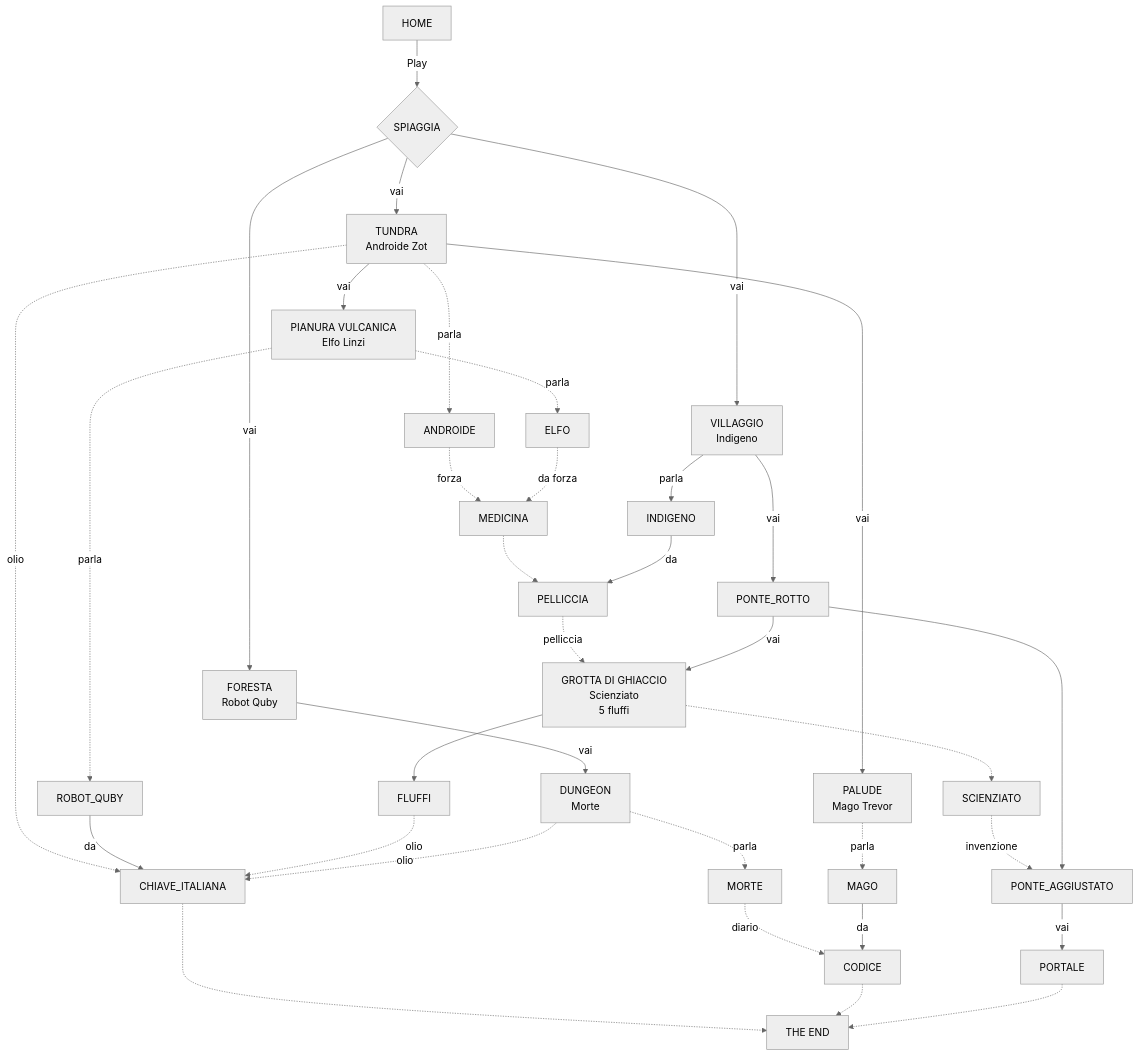
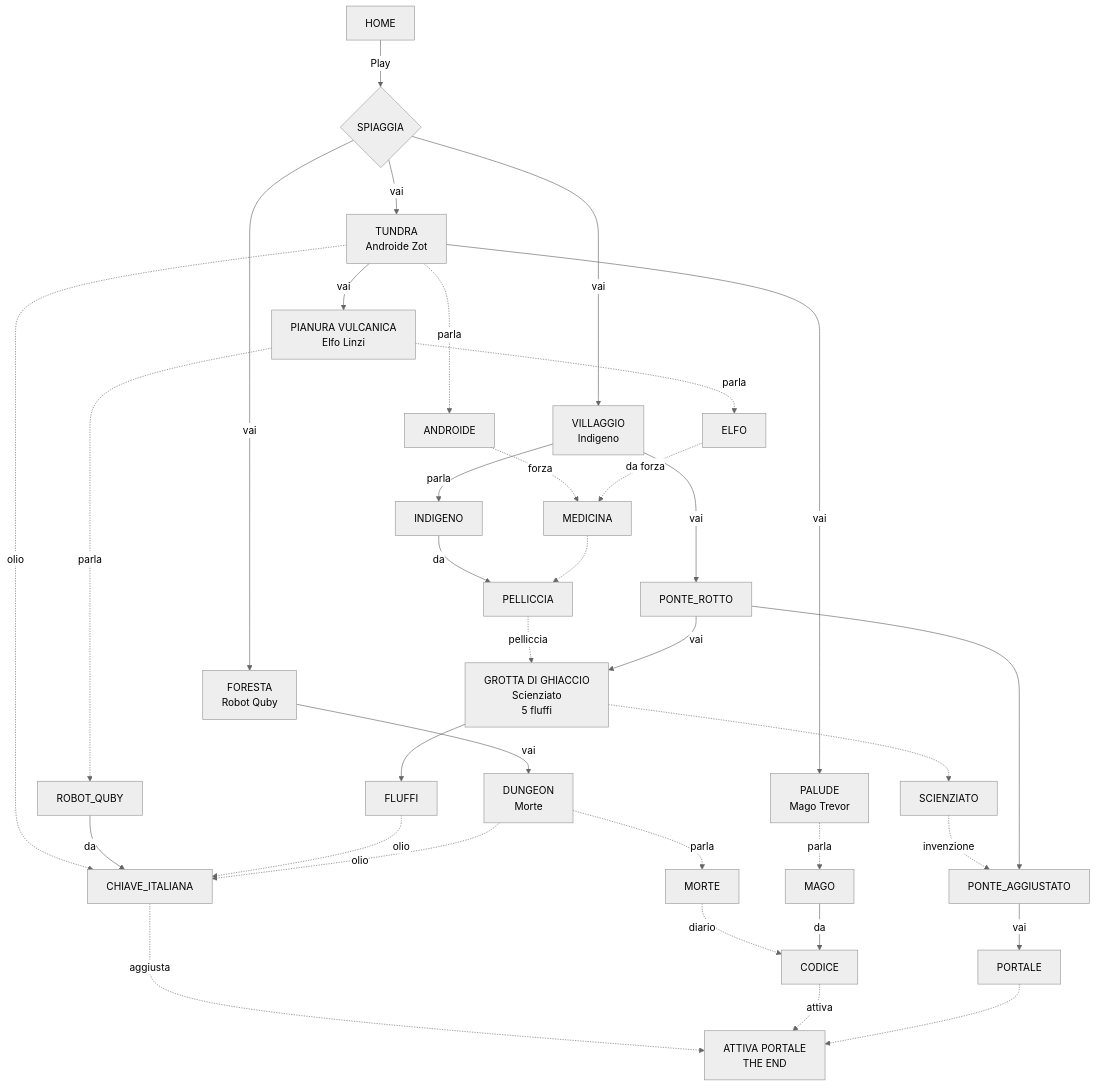
Before and after one commit to 2042ed/JAM.7FRAMES: the diagram in docs/7F_Flow.md, drawn with Mermaid (neutral theme).

````diff
--- a/docs/7F_Flow.md
+++ b/docs/7F_Flow.md
@@ -3,61 +3,62 @@
 ```mermaid
 graph TD
 
 HOME
 SPIAGGIA{SPIAGGIA}
 GROTTA["GROTTA DI GHIACCIO<br>Scienziato<br>5 fluffi"]
 VILLAGGIO["VILLAGGIO<br>Indigeno"]
 DUNGEON["DUNGEON<br>Morte"]
 FORESTA["FORESTA<br>Robot Quby"]
 PALUDE["PALUDE<br>Mago Trevor"]
 PIANURA["PIANURA VULCANICA<br>Elfo Linzi"]
 PONTE_ROTTO
 PONTE_AGGIUSTATO
 TUNDRA["TUNDRA<br>Androide Zot"]
-END["THE END"]
+END["ATTIVA PORTALE<br>THE END"]
 
 HOME -->|Play| SPIAGGIA
 
 SPIAGGIA --> |vai| TUNDRA
 SPIAGGIA --> |vai| FORESTA
 SPIAGGIA --> |vai| VILLAGGIO
 
 TUNDRA --> |vai| PIANURA
 TUNDRA --> |vai| PALUDE
 TUNDRA -.-> |parla| ANDROIDE
 ANDROIDE -.-> |forza| MEDICINA
 TUNDRA  -.-> |olio| CHIAVE_ITALIANA
 
+VILLAGGIO --> |parla| INDIGENO
+VILLAGGIO --> |vai| PONTE_ROTTO
+PELLICCIA -.-> |pelliccia| GROTTA
+INDIGENO --> |da| PELLICCIA
+
 PIANURA  -.-> |parla| ELFO
+PIANURA  -.-> |parla| ROBOT_QUBY
 ELFO  -.-> |da forza| MEDICINA
 MEDICINA -.-> PELLICCIA
 FORESTA  --> |vai| DUNGEON
-PIANURA  -.-> |parla| ROBOT_QUBY
 ROBOT_QUBY --> |da| CHIAVE_ITALIANA
 
 GROTTA -.-> SCIENZIATO
 GROTTA --> FLUFFI
 FLUFFI  -.-> |olio| CHIAVE_ITALIANA
 SCIENZIATO -.-> |invenzione| PONTE_AGGIUSTATO
 
-VILLAGGIO --> |parla| INDIGENO
-VILLAGGIO --> |vai| PONTE_ROTTO
-PELLICCIA -.-> |pelliccia| GROTTA
-INDIGENO --> |da| PELLICCIA
 
 DUNGEON  -.-> |parla| MORTE
 MORTE  -.-> |diario| CODICE
 DUNGEON  -.-> |olio| CHIAVE_ITALIANA
 
 PALUDE  -.-> |parla| MAGO
 MAGO --> |da| CODICE
 
 PONTE_ROTTO --> |vai| GROTTA
 PONTE_ROTTO --> PONTE_AGGIUSTATO
 
 PONTE_AGGIUSTATO --> |vai| PORTALE
 
-CHIAVE_ITALIANA -.-> END
-CODICE -.-> END
+CHIAVE_ITALIANA -.-> |aggiusta| END
+CODICE -.-> |attiva| END
 PORTALE -.-> END
 ```
````
